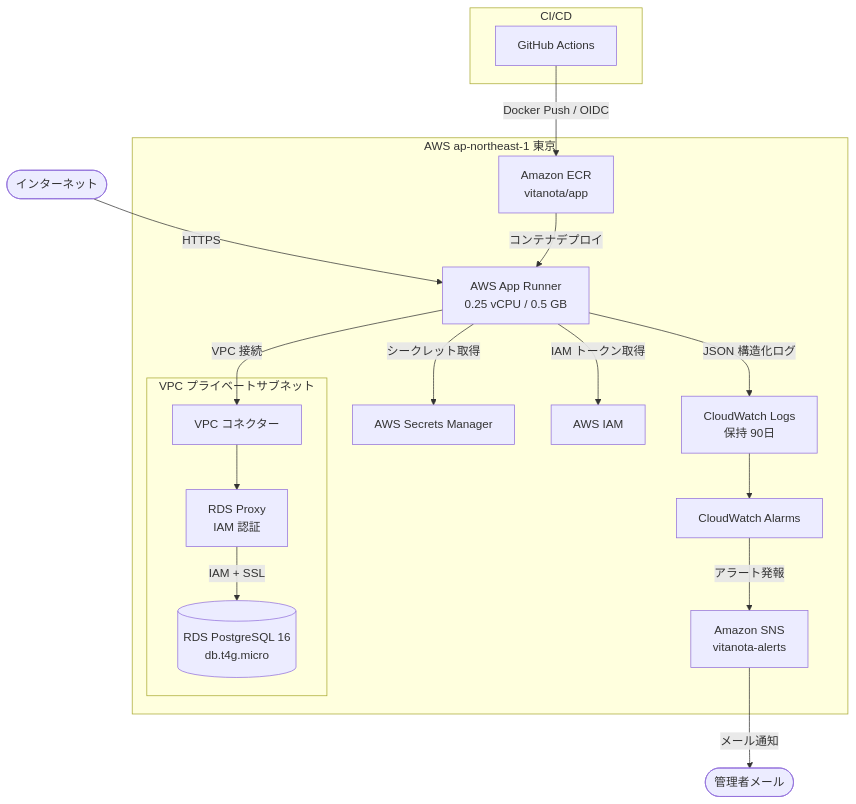
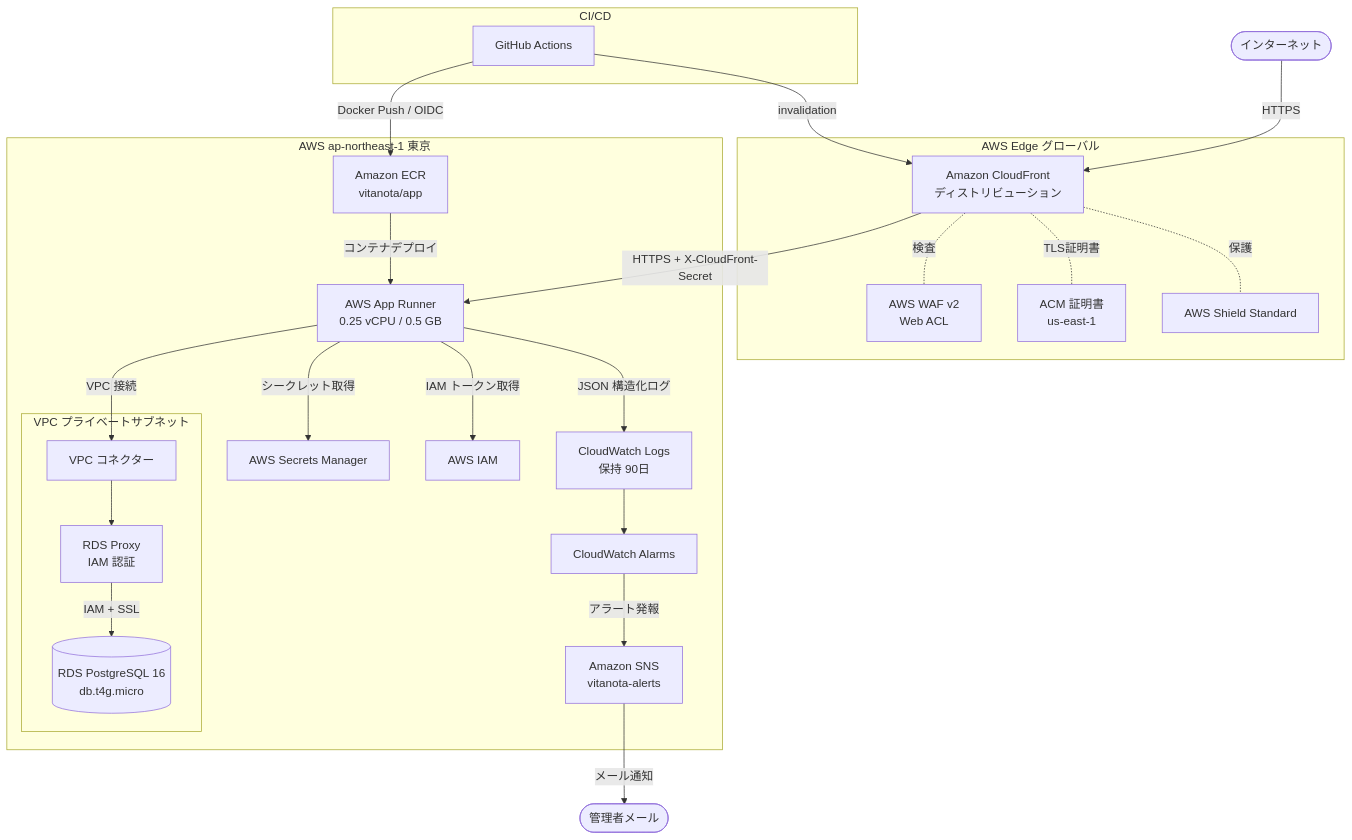
Before and after one commit to kamitokusaric-lang/vitanota: the diagram in aidlc-docs/construction/unit-01/infrastructure-design/infrastructure-design.md, drawn with Mermaid. The commit also changed other lines of this file and 54 other files, not shown here.

````diff
--- a/aidlc-docs/construction/unit-01/infrastructure-design/infrastructure-design.md
+++ b/aidlc-docs/construction/unit-01/infrastructure-design/infrastructure-design.md
@@ -205,38 +797,50 @@
 ```mermaid
 graph TD
     Internet([インターネット])
     AdminEmail([管理者メール])
 
     subgraph CICD[CI/CD]
         GHA[GitHub Actions]
+    end
+
+    subgraph EdgeGlobal[AWS Edge グローバル]
+        WAF[AWS WAF v2<br/>Web ACL]
+        CF[Amazon CloudFront<br/>ディストリビューション]
+        ACM[ACM 証明書<br/>us-east-1]
+        Shield[AWS Shield Standard]
     end
 
     subgraph AWS[AWS ap-northeast-1 東京]
         ECR[Amazon ECR<br/>vitanota/app]
         AppRunner[AWS App Runner<br/>0.25 vCPU / 0.5 GB]
         SecretsManager[AWS Secrets Manager]
         IAMSvc[AWS IAM]
         CWLogs[CloudWatch Logs<br/>保持 90日]
         CWAlarms[CloudWatch Alarms]
         SNSTopic[Amazon SNS<br/>vitanota-alerts]
 
         subgraph VPC[VPC プライベートサブネット]
             VPCConn[VPC コネクター]
             RDSProxy[RDS Proxy<br/>IAM 認証]
             RDS[(RDS PostgreSQL 16<br/>db.t4g.micro)]
         end
     end
 
-    Internet -->|HTTPS| AppRunner
+    Internet -->|HTTPS| CF
+    CF -.保護.- Shield
+    CF -.検査.- WAF
+    CF -.TLS証明書.- ACM
+    CF -->|HTTPS + X-CloudFront-Secret| AppRunner
     GHA -->|Docker Push / OIDC| ECR
+    GHA -->|invalidation| CF
     ECR -->|コンテナデプロイ| AppRunner
     AppRunner -->|VPC 接続| VPCConn
     VPCConn --> RDSProxy
     RDSProxy -->|IAM + SSL| RDS
     AppRunner -->|シークレット取得| SecretsManager
     AppRunner -->|IAM トークン取得| IAMSvc
     AppRunner -->|JSON 構造化ログ| CWLogs
     CWLogs --> CWAlarms
     CWAlarms -->|アラート発報| SNSTopic
     SNSTopic -->|メール通知| AdminEmail
 ```
````
